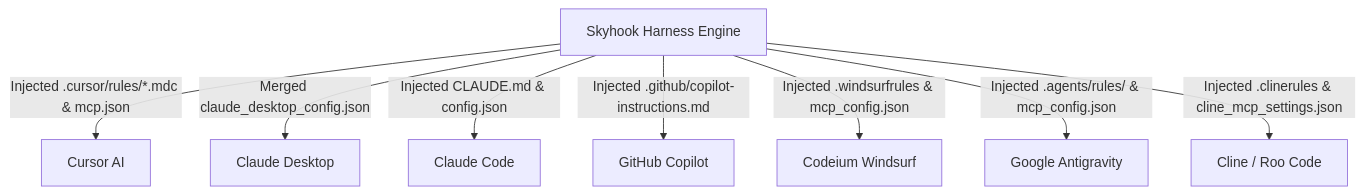
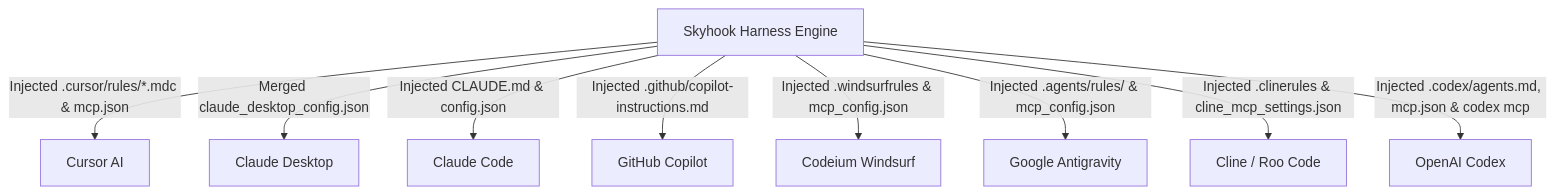
One commit to asadayoub/skyhook changed the diagram in skyhook/docs/AGENT_HARNESSES.md. Above: the diagram before and after it, drawn with Mermaid. The commit also changed other lines of this file and 10 other files, not shown here.

````diff
--- a/skyhook/docs/AGENT_HARNESSES.md
+++ b/skyhook/docs/AGENT_HARNESSES.md
@@ -9,20 +9,22 @@
 ```mermaid
 flowchart TD
     SkyhookCore["Skyhook Harness Engine"]
 
     Cursor["Cursor AI"]
     ClaudeDesk["Claude Desktop"]
     ClaudeCode["Claude Code"]
     Copilot["GitHub Copilot"]
     Windsurf["Codeium Windsurf"]
     Antigravity["Google Antigravity"]
     Cline["Cline / Roo Code"]
+    Codex["OpenAI Codex"]
 
     SkyhookCore -->|Injected .cursor/rules/*.mdc & mcp.json| Cursor
     SkyhookCore -->|Merged claude_desktop_config.json| ClaudeDesk
     SkyhookCore -->|Injected CLAUDE.md & config.json| ClaudeCode
     SkyhookCore -->|Injected .github/copilot-instructions.md| Copilot
     SkyhookCore -->|Injected .windsurfrules & mcp_config.json| Windsurf
     SkyhookCore -->|Injected .agents/rules/ & mcp_config.json| Antigravity
     SkyhookCore -->|Injected .clinerules & cline_mcp_settings.json| Cline
+    SkyhookCore -->|Injected .codex/agents.md, mcp.json & codex mcp| Codex
 ```
````
